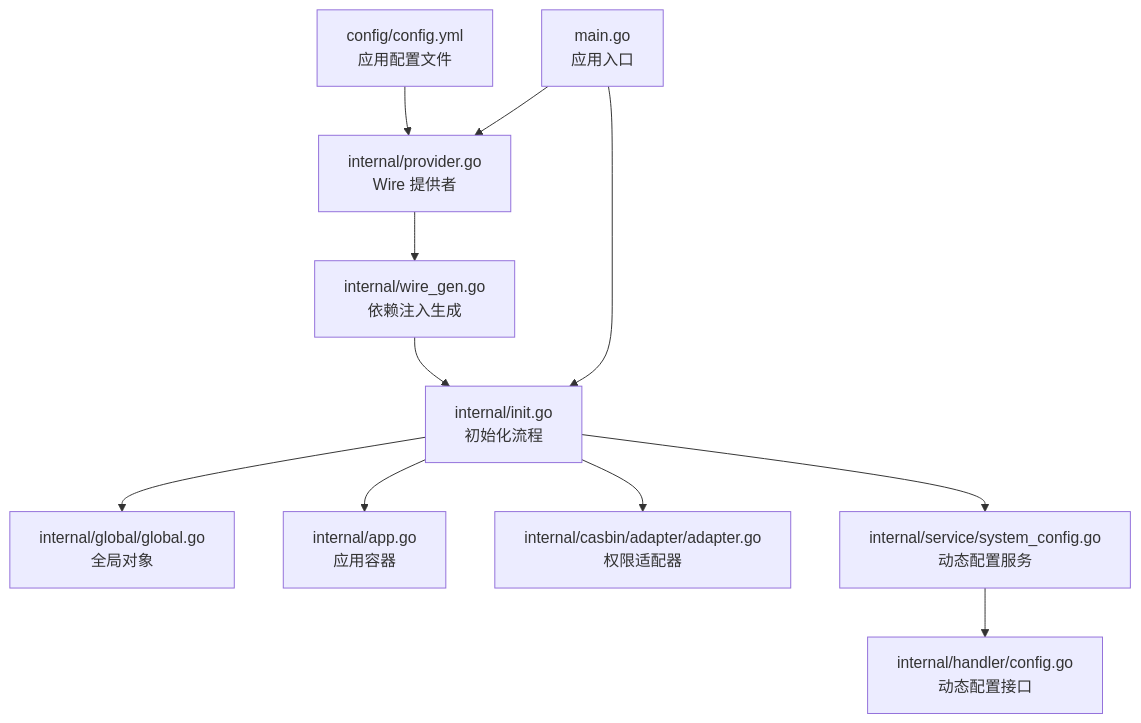
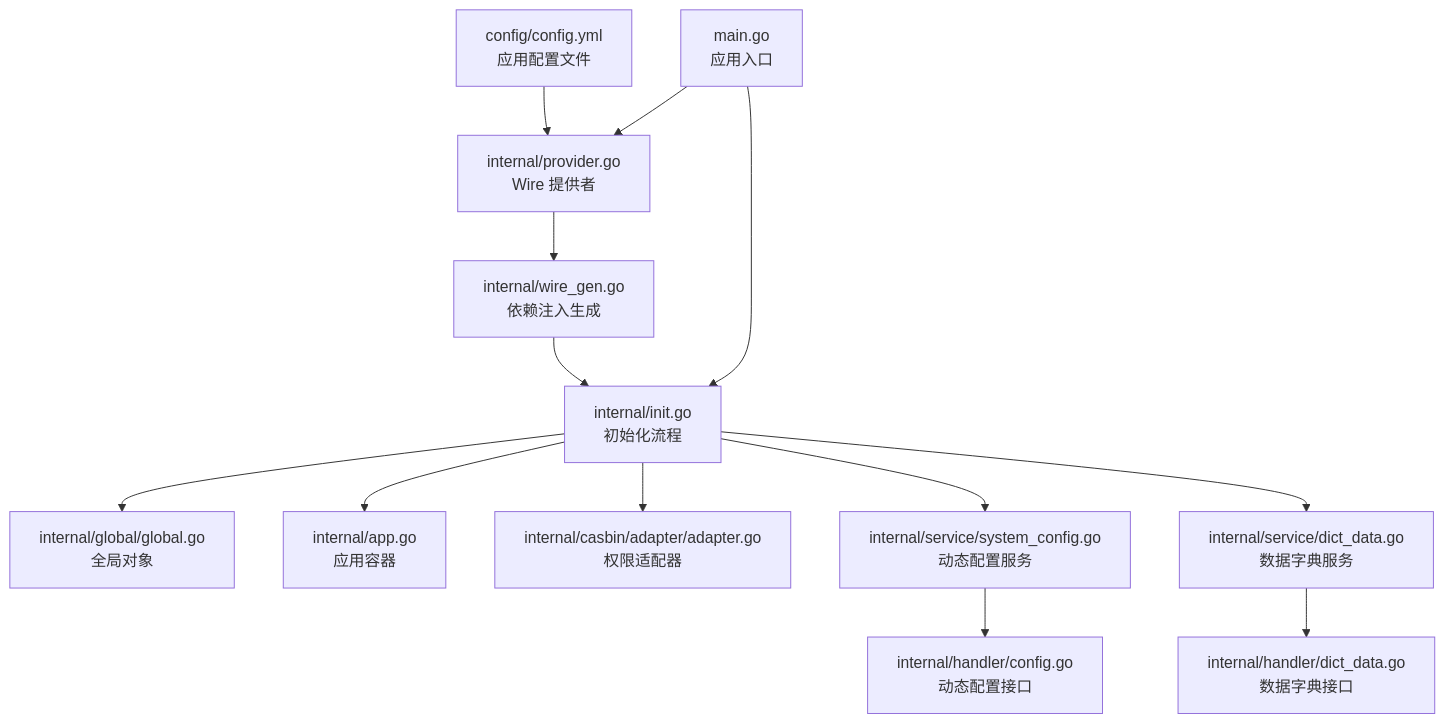
Before and after one commit to wuwuseo/e-sports-go-admin: the first of 4 diagrams in .qoder/repowiki/zh/content/配置管理/配置管理.md, drawn with Mermaid. The commit also changed other lines of this file and 42 other files, not shown here.

````diff
--- a/.qoder/repowiki/zh/content/配置管理/配置管理.md
+++ b/.qoder/repowiki/zh/content/配置管理/配置管理.md
@@ -42,13 +45,15 @@
 ```mermaid
 graph TB
 A["config/config.yml<br/>应用配置文件"] --> B["internal/provider.go<br/>Wire 提供者"]
 B --> C["internal/wire_gen.go<br/>依赖注入生成"]
 C --> D["internal/init.go<br/>初始化流程"]
 D --> E["internal/global/global.go<br/>全局对象"]
 D --> F["internal/app.go<br/>应用容器"]
 D --> G["internal/casbin/adapter/adapter.go<br/>权限适配器"]
 D --> H["internal/service/system_config.go<br/>动态配置服务"]
 H --> I["internal/handler/config.go<br/>动态配置接口"]
-J["main.go<br/>应用入口"] --> B
-J --> D
+D --> J["internal/service/dict_data.go<br/>数据字典服务"]
+J --> K["internal/handler/dict_data.go<br/>数据字典接口"]
+L["main.go<br/>应用入口"] --> B
+L --> D
 ```
````
